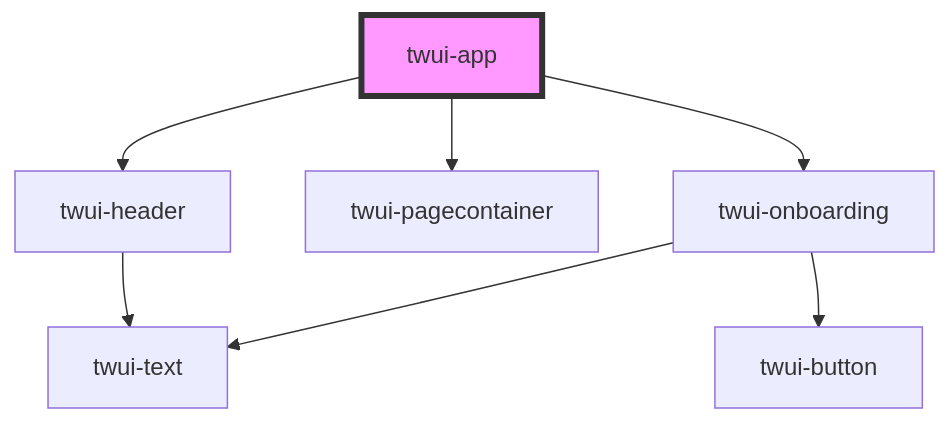
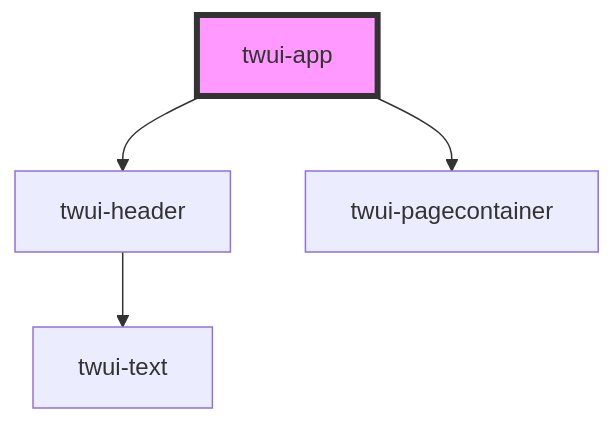
One commit to frostaura/TaleWeaver changed the diagram in src/frontend/src/components/twui/src/components/app/readme.md. Above: the diagram before and after it, drawn with Mermaid. The commit also changed other lines of this file and 37 other files, not shown here.

````diff
--- a/src/frontend/src/components/twui/src/components/app/readme.md
+++ b/src/frontend/src/components/twui/src/components/app/readme.md
@@ -17,10 +16,7 @@
 ```mermaid
 graph TD;
   twui-app --> twui-header
   twui-app --> twui-pagecontainer
-  twui-app --> twui-onboarding
   twui-header --> twui-text
-  twui-onboarding --> twui-text
-  twui-onboarding --> twui-button
   style twui-app fill:#f9f,stroke:#333,stroke-width:4px
 ```
````
